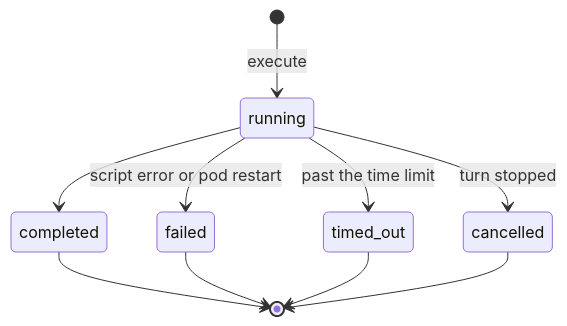
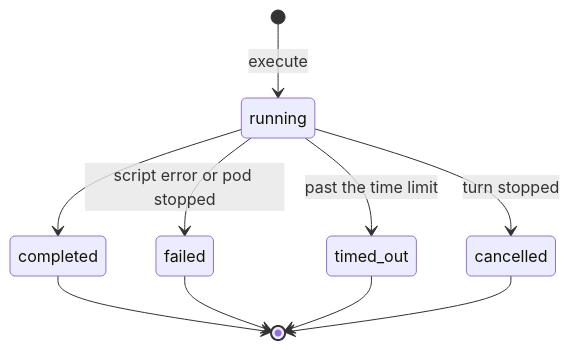
One commit to archos-at/archos changed the second of 2 diagrams in docs/design/agent-computer.md. Above: the diagram before and after it, drawn with Mermaid. The commit also changed other lines of this file and 1 other file, not shown here.

````diff
--- a/docs/design/agent-computer.md
+++ b/docs/design/agent-computer.md
@@ -77,12 +145,12 @@
 ```mermaid
 stateDiagram-v2
   [*] --> running: execute
   running --> completed
-  running --> failed: script error or pod restart
+  running --> failed: script error or pod stopped
   running --> timed_out: past the time limit
   running --> cancelled: turn stopped
   completed --> [*]
   failed --> [*]
   timed_out --> [*]
   cancelled --> [*]
 ```
````
